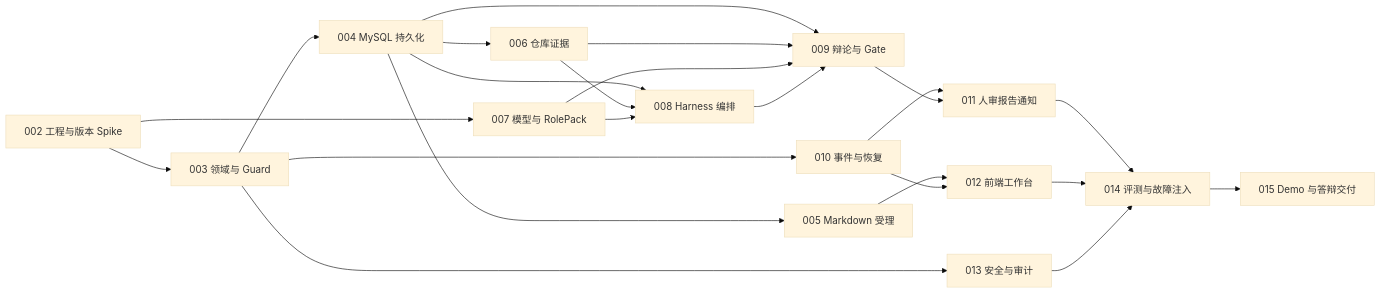
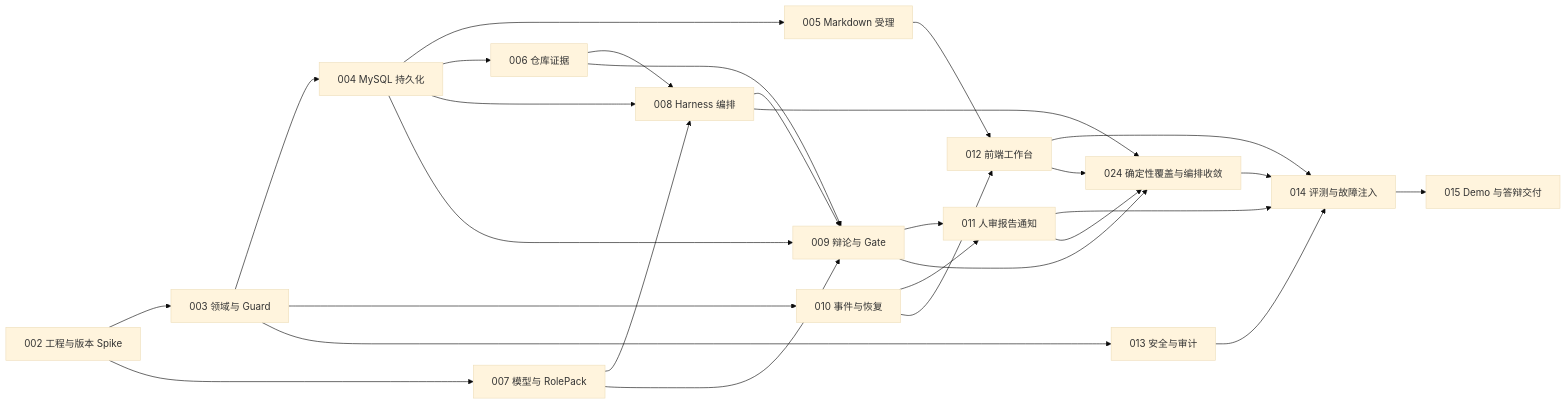
The diagram in docs/AIREVIEW-PLAN-001-总体实施路线图.md (cc-chongming/chongming), drawn with Mermaid (base theme) before and after one commit. The commit also changed other lines of this file and 63 other files, not shown here.

````diff
--- a/docs/AIREVIEW-PLAN-001-总体实施路线图.md
+++ b/docs/AIREVIEW-PLAN-001-总体实施路线图.md
@@ -46,25 +47,30 @@
 ```mermaid
 flowchart LR
     P2["002 工程与版本 Spike"] --> P3["003 领域与 Guard"]
     P2 --> P7["007 模型与 RolePack"]
     P3 --> P4["004 MySQL 持久化"]
     P3 --> P10["010 事件与恢复"]
     P3 --> P13["013 安全与审计"]
     P4 --> P5["005 Markdown 受理"]
     P4 --> P6["006 仓库证据"]
     P4 --> P8["008 Harness 编排"]
     P4 --> P9["009 辩论与 Gate"]
     P6 --> P8
     P6 --> P9
     P7 --> P8
     P7 --> P9
     P5 --> P12["012 前端工作台"]
     P10 --> P11["011 人审报告通知"]
     P10 --> P12
     P8 --> P9
     P9 --> P11
     P11 --> P14["014 评测与故障注入"]
     P12 --> P14
     P13 --> P14
+    P8 --> P24["024 确定性覆盖与编排收敛"]
+    P9 --> P24
+    P11 --> P24
+    P12 --> P24
+    P24 --> P14
     P14 --> P15["015 Demo 与答辩交付"]
 ```
````
